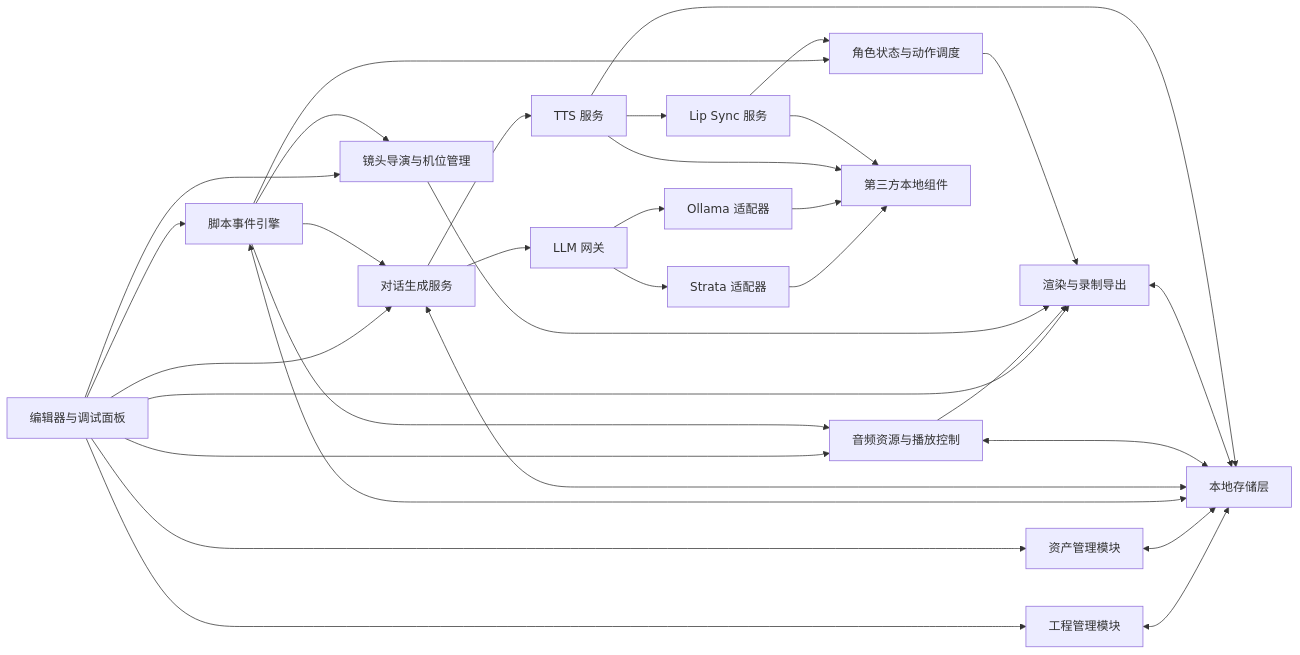
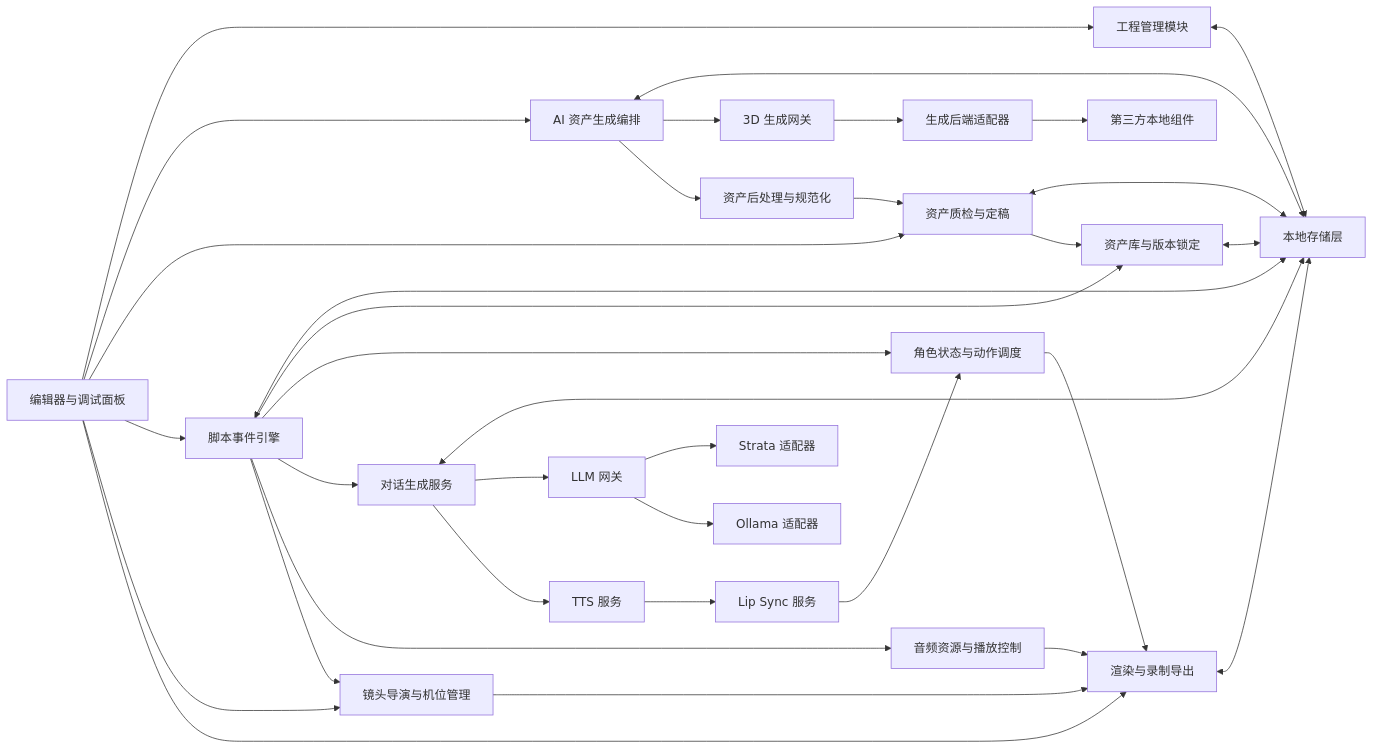
Before and after one commit to WangDan1989/AutoVision-AI: the first of 3 diagrams in shortfilm-pipeline-docs/01-hld-overview.md, drawn with Mermaid. The commit also changed other lines of this file and 14 other files, not shown here.

````diff
--- a/shortfilm-pipeline-docs/01-hld-overview.md
+++ b/shortfilm-pipeline-docs/01-hld-overview.md
@@ -30,57 +30,63 @@
 ```mermaid
 flowchart LR
     UI[编辑器与调试面板]
     PM[工程管理模块]
-    AM[资产管理模块]
+    AG[AI 资产生成编排]
+    GG[3D 生成网关]
+    GA[生成后端适配器]
+    PP[资产后处理与规范化]
+    QA[资产质检与定稿]
+    AL[资产库与版本锁定]
     SE[脚本事件引擎]
     CS[角色状态与动作调度]
     DG[对话生成服务]
     LG[LLM 网关]
     SA[Strata 适配器]
     OA[Ollama 适配器]
     TS[TTS 服务]
     LS[Lip Sync 服务]
     AU[音频资源与播放控制]
     CM[镜头导演与机位管理]
     RR[渲染与录制导出]
     ST[本地存储层]
     TP[第三方本地组件]
 
     UI --> PM
-    UI --> AM
+    UI --> AG
+    UI --> QA
     UI --> SE
     UI --> CM
     UI --> RR
-    UI --> DG
-    UI --> AU
 
     PM <--> ST
-    AM <--> ST
+    AG <--> ST
+    QA <--> ST
+    AL <--> ST
     SE <--> ST
     DG <--> ST
-    AU <--> ST
     RR <--> ST
 
+    AG --> GG
+    GG --> GA
+    GA --> TP
+    AG --> PP
+    PP --> QA
+    QA --> AL
+
+    SE --> AL
     SE --> CS
     SE --> DG
     SE --> AU
     SE --> CM
 
     DG --> LG
     LG --> SA
     LG --> OA
-
     DG --> TS
     TS --> LS
-    TS --> ST
     LS --> CS
 
     AU --> RR
     CM --> RR
     CS --> RR
-
-    SA --> TP
-    OA --> TP
-    TS --> TP
-    LS --> TP
 ```
````
